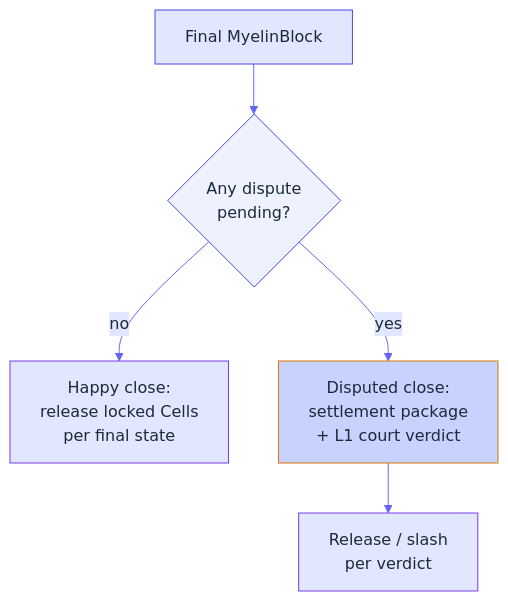
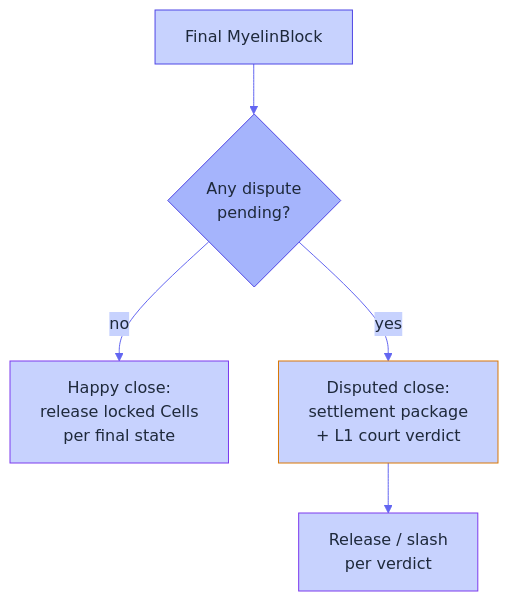
One commit to Myelin-Labs/Myelin changed the fourth of 5 diagrams in docs/interactions/session-flow.md. Above: the diagram before and after it, drawn with Mermaid. The commit also changed other lines of this file and 31 other files, not shown here.

````diff
--- a/docs/interactions/session-flow.md
+++ b/docs/interactions/session-flow.md
@@ -213,25 +213,25 @@
 ```mermaid
 %%{init: {
   "theme": "base",
   "themeVariables": {
-    "primaryColor": "#EEF2FF",
+    "primaryColor": "#A5B4FC",
     "primaryTextColor": "#1E293B",
     "primaryBorderColor": "#4F46E5",
     "lineColor": "#6366F1",
-    "secondaryColor": "#E0E7FF",
+    "secondaryColor": "#C7D2FE",
     "tertiaryColor": "#C7D2FE"
   }
 }}%%
 flowchart TB
     A["Final MyelinBlock"]:::l2
     A --> Q{"Any dispute<br/>pending?"}:::q
     Q -- no  --> X["Happy close:<br/>release locked Cells<br/>per final state"]:::good
     Q -- yes --> Y["Disputed close:<br/>settlement package<br/>+ L1 court verdict"]:::warn
     Y --> Z["Release / slash<br/>per verdict"]:::verdict
 
-    classDef l2     fill:#E0E7FF,stroke:#4F46E5,color:#1E293B;
-    classDef q      fill:#EEF2FF,stroke:#4F46E5,color:#1E293B;
-    classDef good   fill:#E0E7FF,stroke:#7C3AED,color:#1E293B;
+    classDef l2     fill:#C7D2FE,stroke:#4F46E5,color:#1E293B;
+    classDef q      fill:#A5B4FC,stroke:#4F46E5,color:#1E293B;
+    classDef good   fill:#C7D2FE,stroke:#7C3AED,color:#1E293B;
     classDef warn   fill:#C7D2FE,stroke:#D97706,color:#1E293B;
-    classDef verdict fill:#E0E7FF,stroke:#7C3AED,color:#1E293B;
+    classDef verdict fill:#C7D2FE,stroke:#7C3AED,color:#1E293B;
 ```
````
